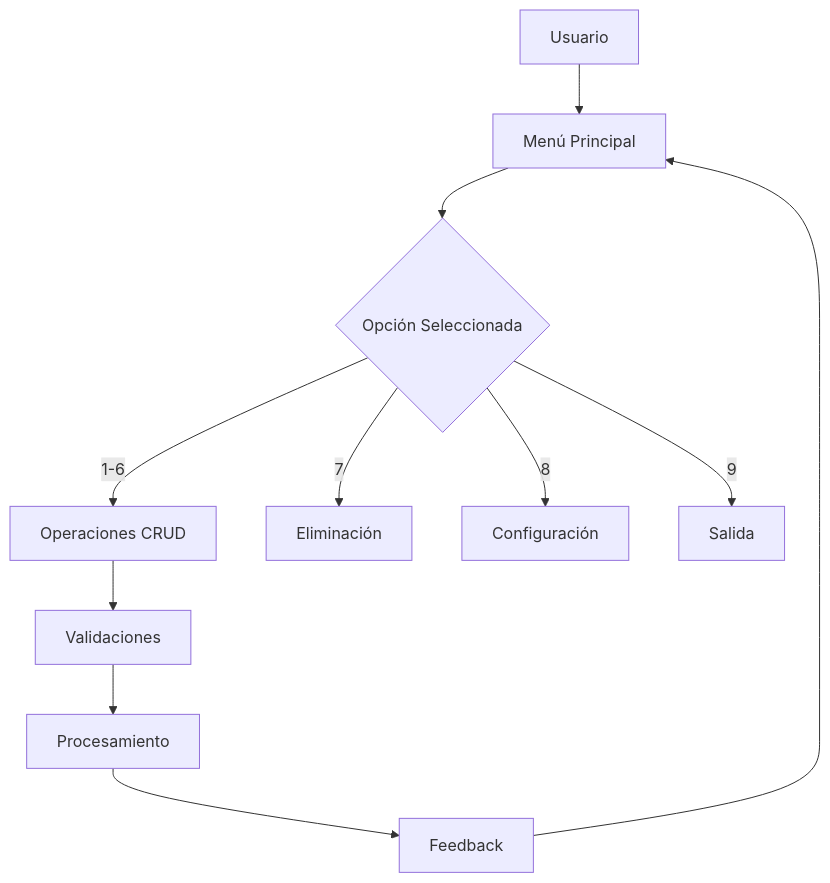
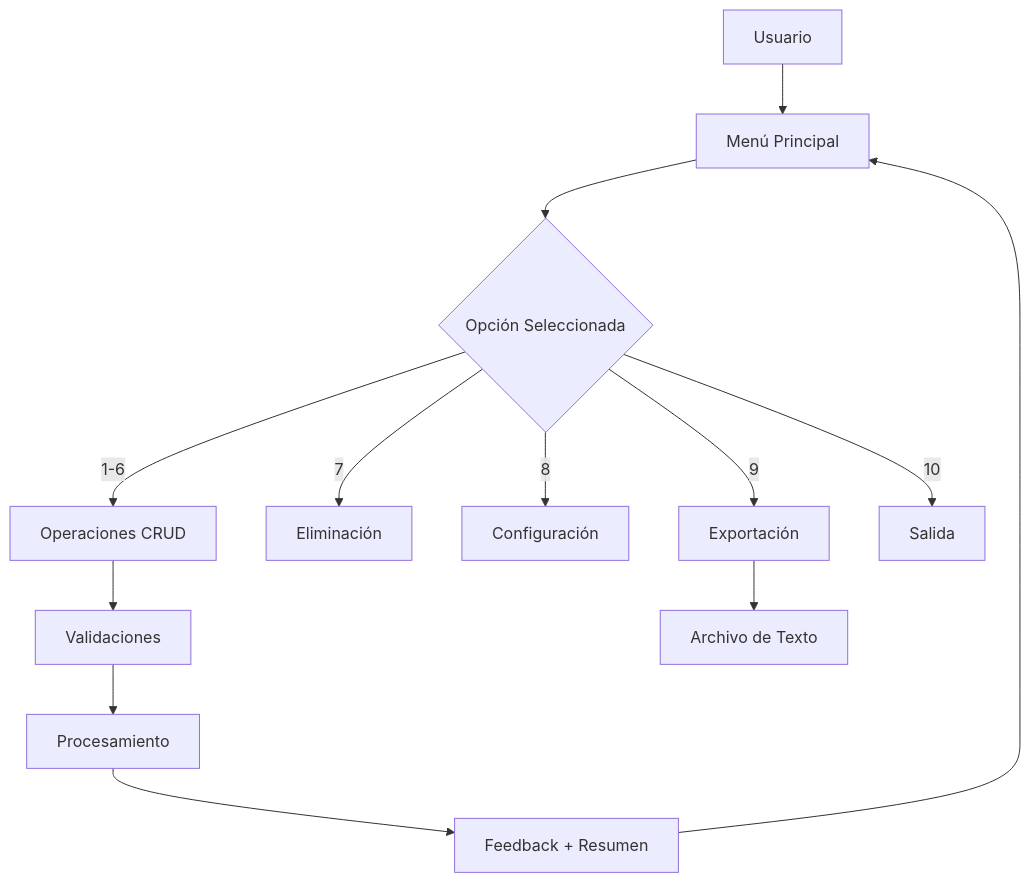
One commit to LorelayWilson/Curso_Python_UNIR changed the third of 3 diagrams in README.md. Above: the diagram before and after it, drawn with Mermaid. The commit also changed other lines of this file and 3 other files, not shown here.

````diff
--- a/README.md
+++ b/README.md
@@ -145,13 +150,15 @@
 ```mermaid
 graph TD
     A[Usuario] --> B[Menú Principal]
     B --> C{Opción Seleccionada}
     C -->|1-6| D[Operaciones CRUD]
     C -->|7| E[Eliminación]
     C -->|8| F[Configuración]
-    C -->|9| G[Salida]
-    D --> H[Validaciones]
-    H --> I[Procesamiento]
-    I --> J[Feedback]
-    J --> B
+    C -->|9| G[Exportación]
+    C -->|10| H[Salida]
+    D --> I[Validaciones]
+    I --> J[Procesamiento]
+    J --> K[Feedback + Resumen]
+    K --> B
+    G --> L[Archivo de Texto]
 ```
````
